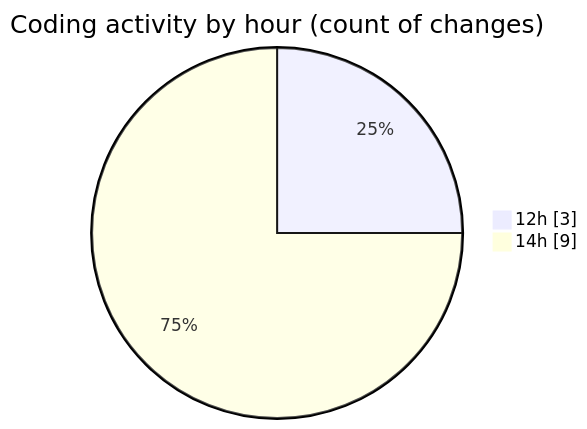
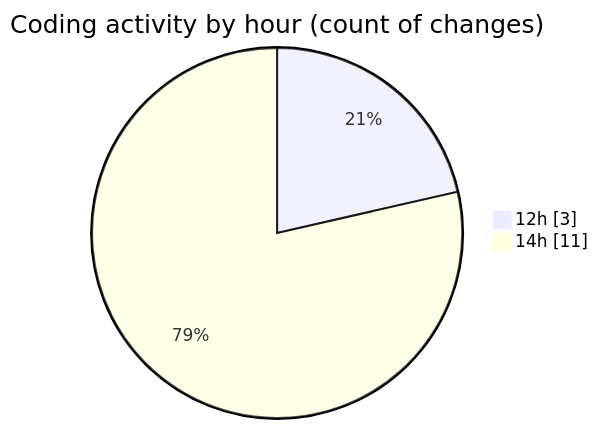
Before and after one commit to debugP/code-tracking: the second of 2 diagrams in 2025-10-16/untitled__workspace_/README.md, drawn with Mermaid. The commit also changed other lines of this file and 1 other file, not shown here.

````diff
--- a/2025-10-16/untitled__workspace_/README.md
+++ b/2025-10-16/untitled__workspace_/README.md
@@ -31,6 +32,6 @@
 ```mermaid
 pie showData
 title Coding activity by hour (count of changes)
 "12h" : 3
-"14h" : 9
+"14h" : 11
 ```
````
